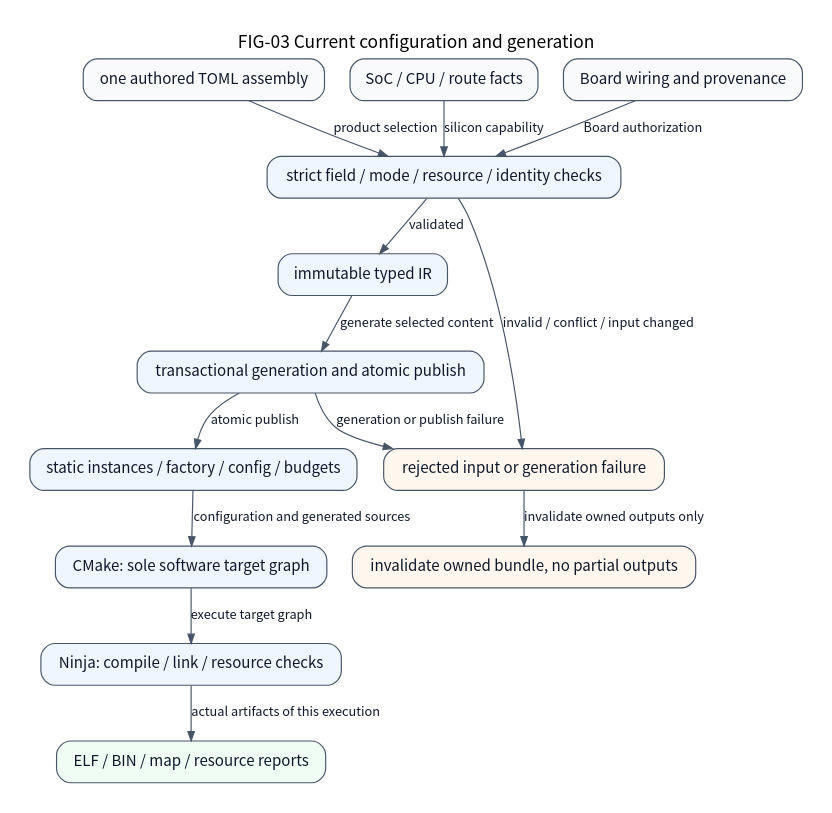
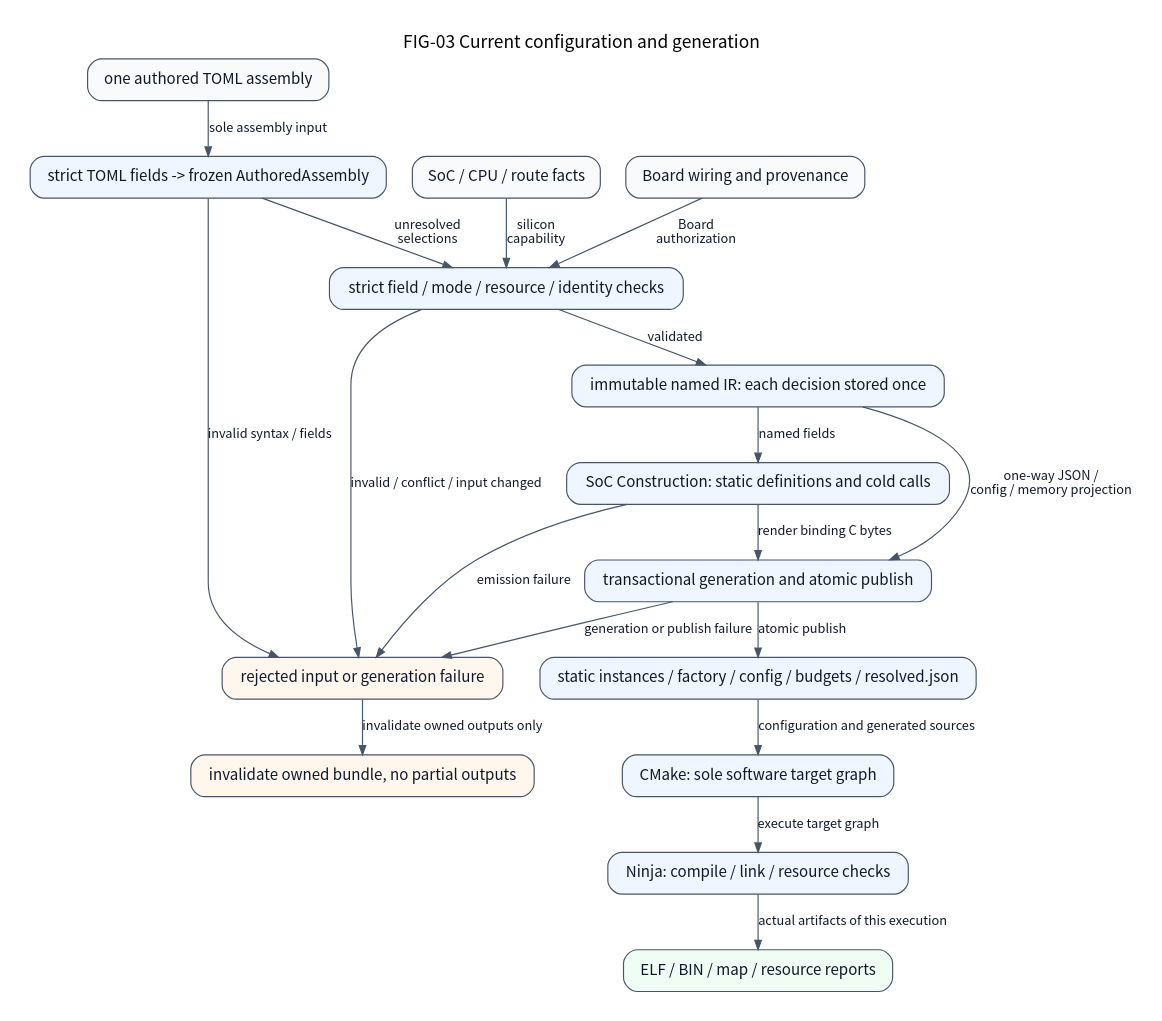
The diagram in docs/assets/diagrams/localized/en/configuration-generation.dot (X-Gen-Lab/nexus), drawn with Graphviz before and after one commit. The commit also changed 262 other files, not shown here.

First line of the commit message:
refactor(platform): unify typed assembly and cold lifecycle contracts

```diff
--- a/docs/assets/diagrams/localized/en/configuration-generation.dot
+++ b/docs/assets/diagrams/localized/en/configuration-generation.dot
@@ -1,35 +1,42 @@
 // FIG-03 current: build-time inputs and artifacts.
-// Code basis: 0111c8d3b9c7b37d258b9c401070305b13b6f3a1.
+// Code basis: tools/configure/authored.py, configure.py, ir.py and bindings.py.
 // Edges denote configuration/production flow, not runtime I/O.
 digraph configurationGeneration {
     graph [label="FIG-03 Current configuration and generation", fontname="Noto Sans CJK SC", fontsize=15, labelloc=t, rankdir=TB, bgcolor="white", pad=0.25, nodesep=0.30, ranksep=0.50];
     node [shape=box, style="rounded,filled", fillcolor="#eff6ff",
           color="#475569", fontcolor="#0f172a", fontname="Noto Sans CJK SC",
           fontsize=13, margin="0.16,0.10"];
     edge [color="#475569", fontcolor="#0f172a",
           fontname="Noto Sans CJK SC", fontsize=11, arrowsize=0.8];
     assembly [label="one authored TOML assembly", fillcolor="#f8fafc"];
     socFacts [label="SoC / CPU / route facts", fillcolor="#f8fafc"];
     boardFacts [label="Board wiring and provenance", fillcolor="#f8fafc"];
+    authored [label="strict TOML fields -> frozen AuthoredAssembly"];
     resolver [label="strict field / mode / resource / identity checks"];
-    typedIr [label="immutable typed IR"];
+    typedIr [label="immutable named IR: each decision stored once"];
+    construction [label="SoC Construction: static definitions and cold calls"];
     bundle [label="transactional generation and atomic publish"];
-    outputs [label="static instances / factory / config / budgets"];
+    outputs [label="static instances / factory / config / budgets / resolved.json"];
     targets [label="CMake: sole software target graph"];
     ninja [label="Ninja: compile / link / resource checks"];
     firmware [label="ELF / BIN / map / resource reports", fillcolor="#f0fdf4"];
     rejected [label="rejected input or generation failure", fillcolor="#fff7ed"];
     invalidated [label="invalidate owned bundle, no partial outputs", fillcolor="#fff7ed"];
-    assembly -> resolver [label="product selection"];
-    socFacts -> resolver [label="silicon capability"];
-    boardFacts -> resolver [label="Board authorization"];
+    assembly -> authored [label="sole assembly input"];
+    authored -> resolver [label="unresolved\nselections"];
+    socFacts -> resolver [label="silicon\ncapability"];
+    boardFacts -> resolver [label="Board\nauthorization"];
     resolver -> typedIr [label="validated"];
-    typedIr -> bundle [label="generate selected content"];
+    typedIr -> construction [label="named fields"];
+    construction -> bundle [label="render binding C bytes"];
+    typedIr -> bundle [label="one-way JSON /\nconfig / memory projection"];
     bundle -> outputs [label="atomic publish"];
     outputs -> targets [label="configuration and generated sources"];
     targets -> ninja [label="execute target graph"];
     ninja -> firmware [label="actual artifacts of this execution"];
+    authored -> rejected [label="invalid syntax / fields"];
+    construction -> rejected [label="emission failure"];
     resolver -> rejected [label="invalid / conflict / input changed"];
     bundle -> rejected [label="generation or publish failure"];
     rejected -> invalidated [label="invalidate owned outputs only"];
 }
```
